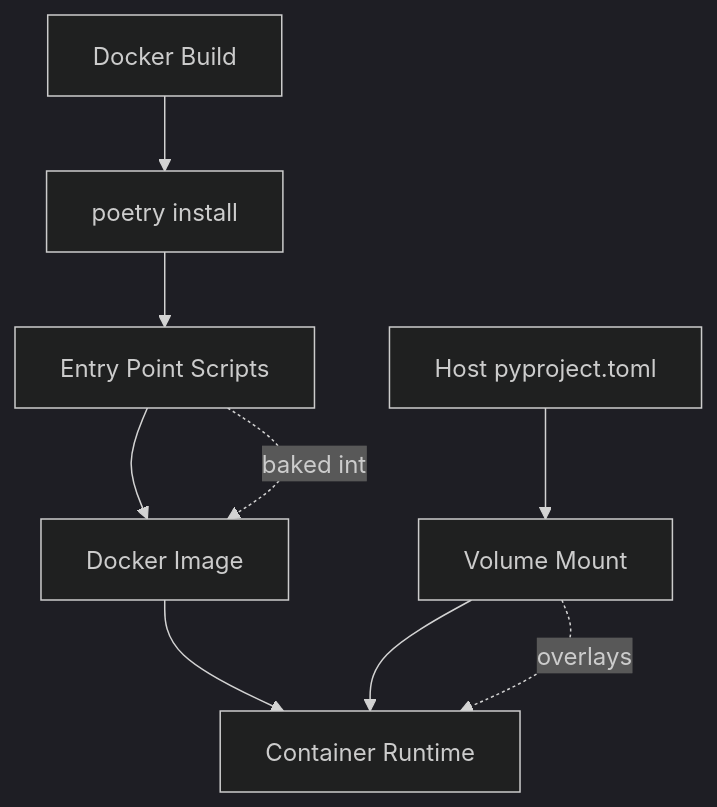
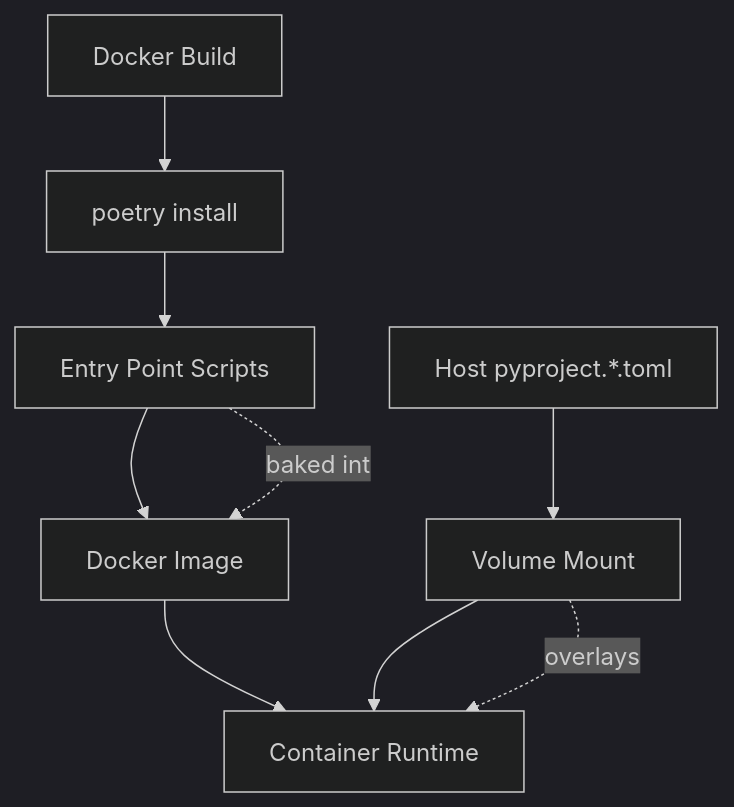
Before and after one commit to Tuee22/SpectralMC: the diagram in documents/engineering/docker_build_philosophy.md, drawn with Mermaid (dark theme). The commit also changed other lines of this file and 17 other files, not shown here.

````diff
--- a/documents/engineering/docker_build_philosophy.md
+++ b/documents/engineering/docker_build_philosophy.md
@@ -233,20 +355,20 @@
 ```mermaid
 flowchart TB
     Build[Docker Build]
     Install[poetry install]
     Scripts[Entry Point Scripts]
     Image[Docker Image]
     Runtime[Container Runtime]
     VolumeMount[Volume Mount]
-    HostCode[Host pyproject.toml]
+    HostCode[Host pyproject.*.toml]
 
     Build --> Install
     Install --> Scripts
     Scripts --> Image
     Image --> Runtime
     HostCode --> VolumeMount
     VolumeMount --> Runtime
 
     Scripts -.baked into.-> Image
     VolumeMount -.overlays.-> Runtime
 ```
````
